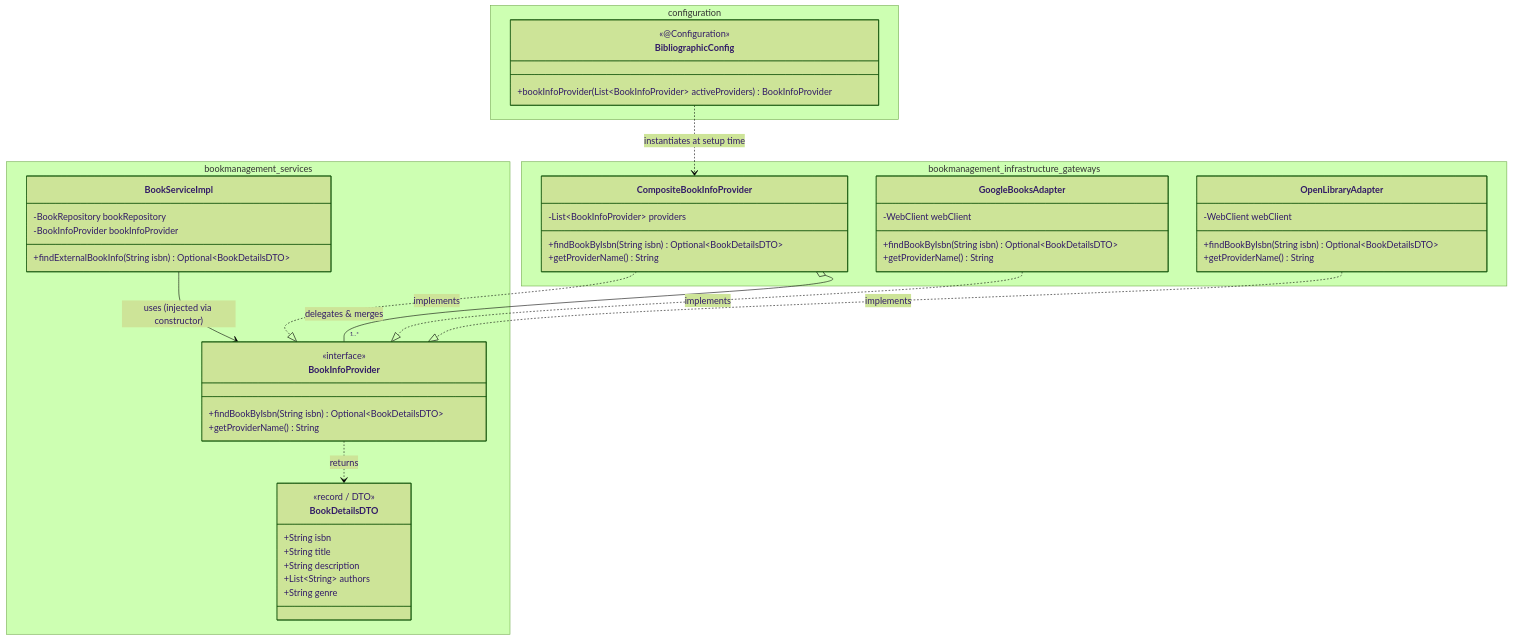
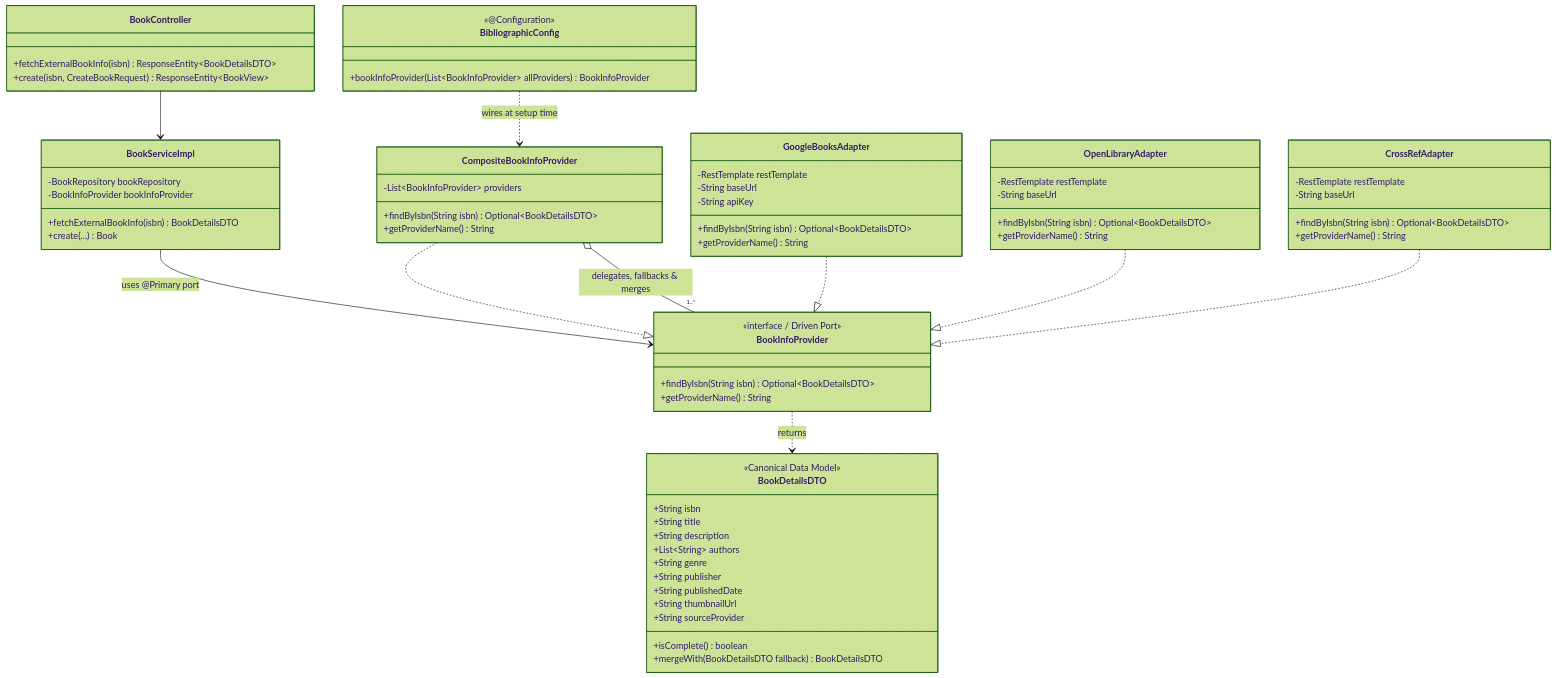
The first of 3 diagrams in Docs/ARQSOFT/system-to-be/add-process.md (RafaelBrandao04/psoft-project-2026-1), drawn with Mermaid (forest theme) before and after one commit. The commit also changed other lines of this file and 8 other files, not shown here.

Commit message:
docs(arqsoft): sync architecture and testing docs with codebase and remove theoretical bloat

````diff
--- a/Docs/ARQSOFT/system-to-be/add-process.md
+++ b/Docs/ARQSOFT/system-to-be/add-process.md
@@ -157,58 +47,71 @@
 ```mermaid
 classDiagram
     direction TB
-
-    namespace bookmanagement_services {
-        class BookServiceImpl {
-            -BookRepository bookRepository
-            -BookInfoProvider bookInfoProvider
-            +findExternalBookInfo(String isbn) Optional~BookDetailsDTO~
-        }
-        class BookInfoProvider {
-            <<interface>>
-            +findBookByIsbn(String isbn) Optional~BookDetailsDTO~
-            +getProviderName() String
-        }
-        class BookDetailsDTO {
-            <<record / DTO>>
-            +String isbn
-            +String title
-            +String description
-            +List~String~ authors
-            +String genre
-        }
+    class BookController {
+        +fetchExternalBookInfo(isbn) ResponseEntity~BookDetailsDTO~
+        +create(isbn, CreateBookRequest) ResponseEntity~BookView~
+    }
+    class BookServiceImpl {
+        -BookRepository bookRepository
+        -BookInfoProvider bookInfoProvider
+        +fetchExternalBookInfo(isbn) BookDetailsDTO
+        +create(...) Book
+    }
+    class BookInfoProvider {
+        <<interface / Driven Port>>
+        +findByIsbn(String isbn) Optional~BookDetailsDTO~
+        +getProviderName() String
+    }
+    class BookDetailsDTO {
+        <<Canonical Data Model>>
+        +String isbn
+        +String title
+        +String description
+        +List~String~ authors
+        +String genre
+        +String publisher
+        +String publishedDate
+        +String thumbnailUrl
+        +String sourceProvider
+        +isComplete() boolean
+        +mergeWith(BookDetailsDTO fallback) BookDetailsDTO
+    }
+    class CompositeBookInfoProvider {
+        -List~BookInfoProvider~ providers
+        +findByIsbn(String isbn) Optional~BookDetailsDTO~
+        +getProviderName() String
+    }
+    class GoogleBooksAdapter {
+        -RestTemplate restTemplate
+        -String baseUrl
+        -String apiKey
+        +findByIsbn(String isbn) Optional~BookDetailsDTO~
+        +getProviderName() String
+    }
+    class OpenLibraryAdapter {
+        -RestTemplate restTemplate
+        -String baseUrl
+        +findByIsbn(String isbn) Optional~BookDetailsDTO~
+        +getProviderName() String
+    }
+    class CrossRefAdapter {
+        -RestTemplate restTemplate
+        -String baseUrl
+        +findByIsbn(String isbn) Optional~BookDetailsDTO~
+        +getProviderName() String
+    }
+    class BibliographicConfig {
+        <<@Configuration>>
+        +bookInfoProvider(List~BookInfoProvider~ allProviders) BookInfoProvider
     }
 
-    namespace bookmanagement_infrastructure_gateways {
-        class CompositeBookInfoProvider {
-            -List~BookInfoProvider~ providers
-            +findBookByIsbn(String isbn) Optional~BookDetailsDTO~
-            +getProviderName() String
-        }
-        class GoogleBooksAdapter {
-            -WebClient webClient
-            +findBookByIsbn(String isbn) Optional~BookDetailsDTO~
-            +getProviderName() String
-        }
-        class OpenLibraryAdapter {
-            -WebClient webClient
-            +findBookByIsbn(String isbn) Optional~BookDetailsDTO~
-            +getProviderName() String
-        }
-    }
-
-    namespace configuration {
-        class BibliographicConfig {
-            <<@Configuration>>
-            +bookInfoProvider(List~BookInfoProvider~ activeProviders) BookInfoProvider
-        }
-    }
-
-    BookServiceImpl --> BookInfoProvider : uses (injected via constructor)
+    BookController --> BookServiceImpl
+    BookServiceImpl --> BookInfoProvider : uses @Primary port
     BookInfoProvider ..> BookDetailsDTO : returns
-    CompositeBookInfoProvider ..|> BookInfoProvider : implements
-    GoogleBooksAdapter ..|> BookInfoProvider : implements
-    OpenLibraryAdapter ..|> BookInfoProvider : implements
-    CompositeBookInfoProvider o-- "1..*" BookInfoProvider : delegates & merges
-    BibliographicConfig ..> CompositeBookInfoProvider : instantiates at setup time
+    CompositeBookInfoProvider ..|> BookInfoProvider
+    GoogleBooksAdapter ..|> BookInfoProvider
+    OpenLibraryAdapter ..|> BookInfoProvider
+    CrossRefAdapter ..|> BookInfoProvider
+    CompositeBookInfoProvider o-- "1..*" BookInfoProvider : delegates, fallbacks & merges
+    BibliographicConfig ..> CompositeBookInfoProvider : wires at setup time
 ```
````
